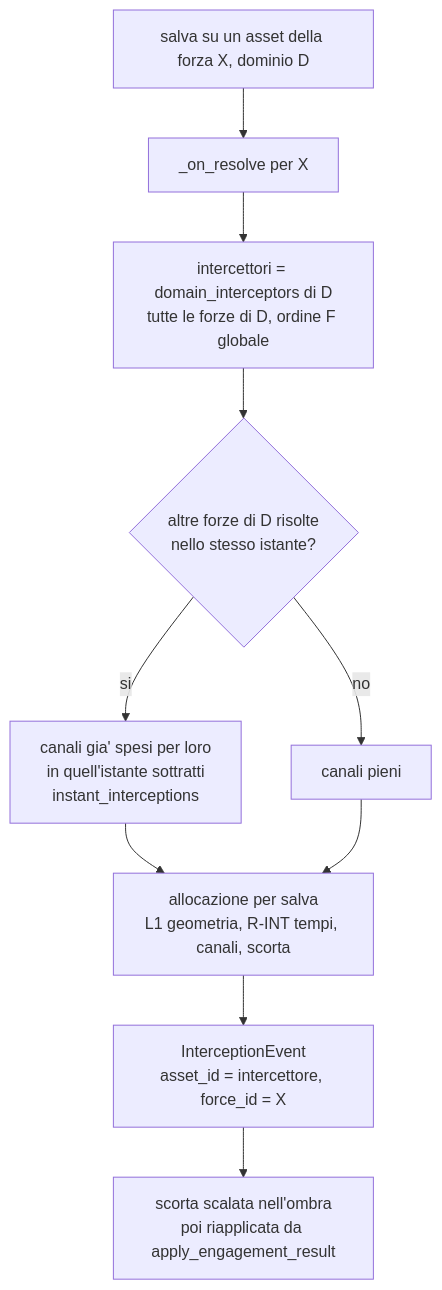
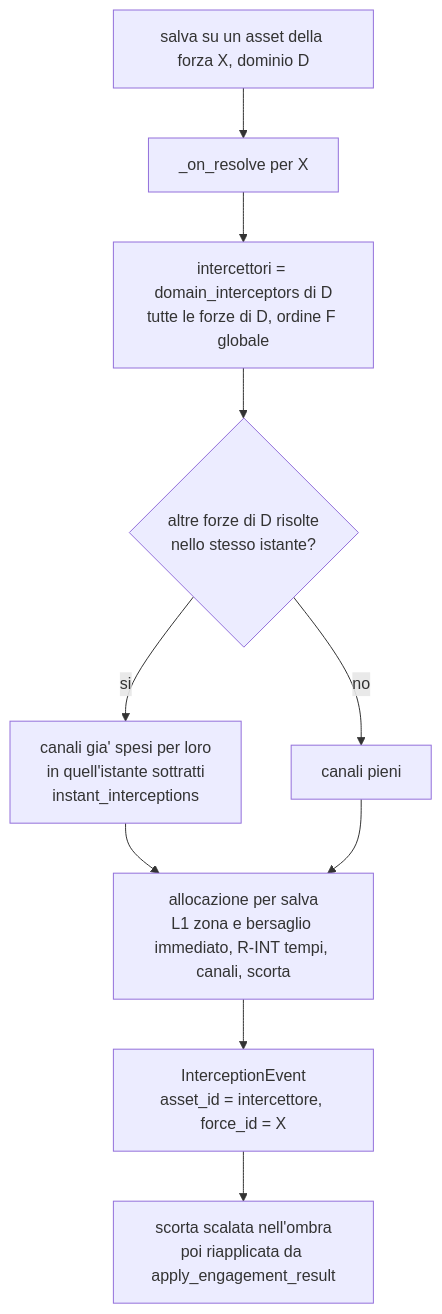
Before and after one commit to MakusIV/Warfare-Model: diagram 18 of 27 in Analysis/Document/Manuale_Motore_DES/05_Strato2_Risolutore_Ingaggio.md, drawn with Mermaid. The commit also changed other lines of this file and 11 other files, not shown here.

````diff
--- a/Analysis/Document/Manuale_Motore_DES/05_Strato2_Risolutore_Ingaggio.md
+++ b/Analysis/Document/Manuale_Motore_DES/05_Strato2_Risolutore_Ingaggio.md
@@ -2342,12 +2470,12 @@
 ```mermaid
 flowchart TD
     A["salva su un asset della forza X, dominio D"] --> B["_on_resolve per X"]
     B --> C["intercettori = domain_interceptors di D<br/>tutte le forze di D, ordine F globale"]
     C --> E{"altre forze di D risolte<br/>nello stesso istante?"}
     E -->|si| F["canali gia' spesi per loro<br/>in quell'istante sottratti<br/>instant_interceptions"]
     E -->|no| G["canali pieni"]
-    F --> H["allocazione per salva<br/>L1 geometria, R-INT tempi, canali, scorta"]
+    F --> H["allocazione per salva<br/>L1 zona e bersaglio immediato, R-INT tempi, canali, scorta"]
     G --> H
     H --> I["InterceptionEvent<br/>asset_id = intercettore, force_id = X"]
     I --> J["scorta scalata nell'ombra<br/>poi riapplicata da apply_engagement_result"]
 ```
````
